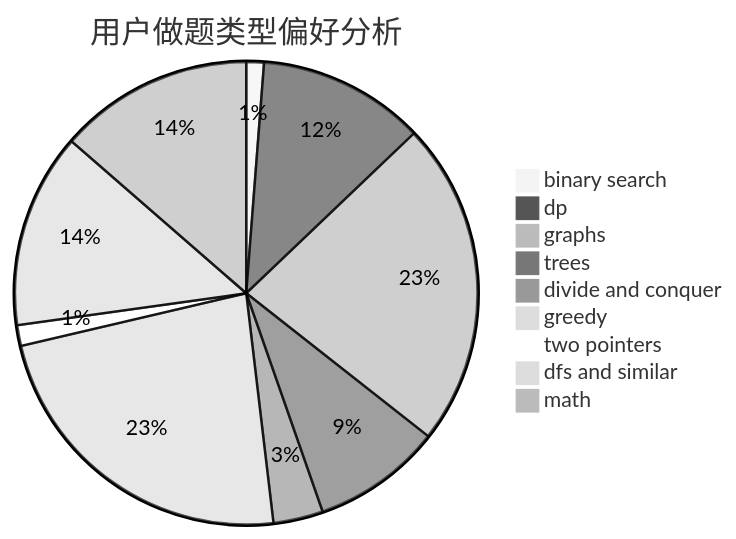
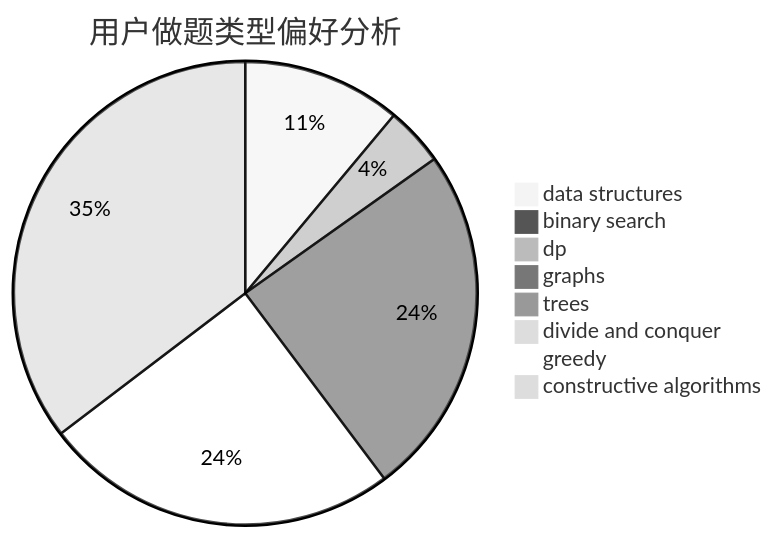
The second of 3 diagrams in docs/user/u1008.md (sherpahu/cfrs.github.io), drawn with Mermaid (neutral theme) before and after one commit. The commit also changed other lines of this file and 2775 other files, not shown here.

````diff
--- a/docs/user/u1008.md
+++ b/docs/user/u1008.md
@@ -23,12 +23,11 @@
 ```mermaid
 pie title 用户做题类型偏好分析
-    "binary search" :  17
-    "dp" :  161
-    "graphs" :  314
-    "trees" :  125
-    "divide and conquer" :  48
-    "greedy" :  321
-    "two pointers" :  20
-    "dfs and similar" :  188
-    "math" :  188
+    "data structures" :  73
+    "binary search" :  5
+    "dp" :  27
+    "graphs" :  162
+    "trees" :  6
+    "divide and conquer" :  0
+    "greedy" :  164
+    "constructive algorithms" :  233
 ```
````
